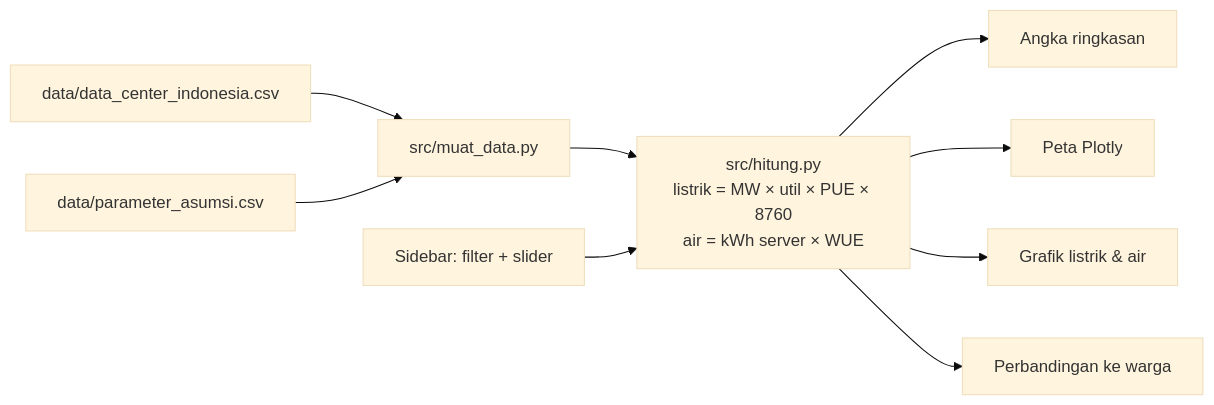
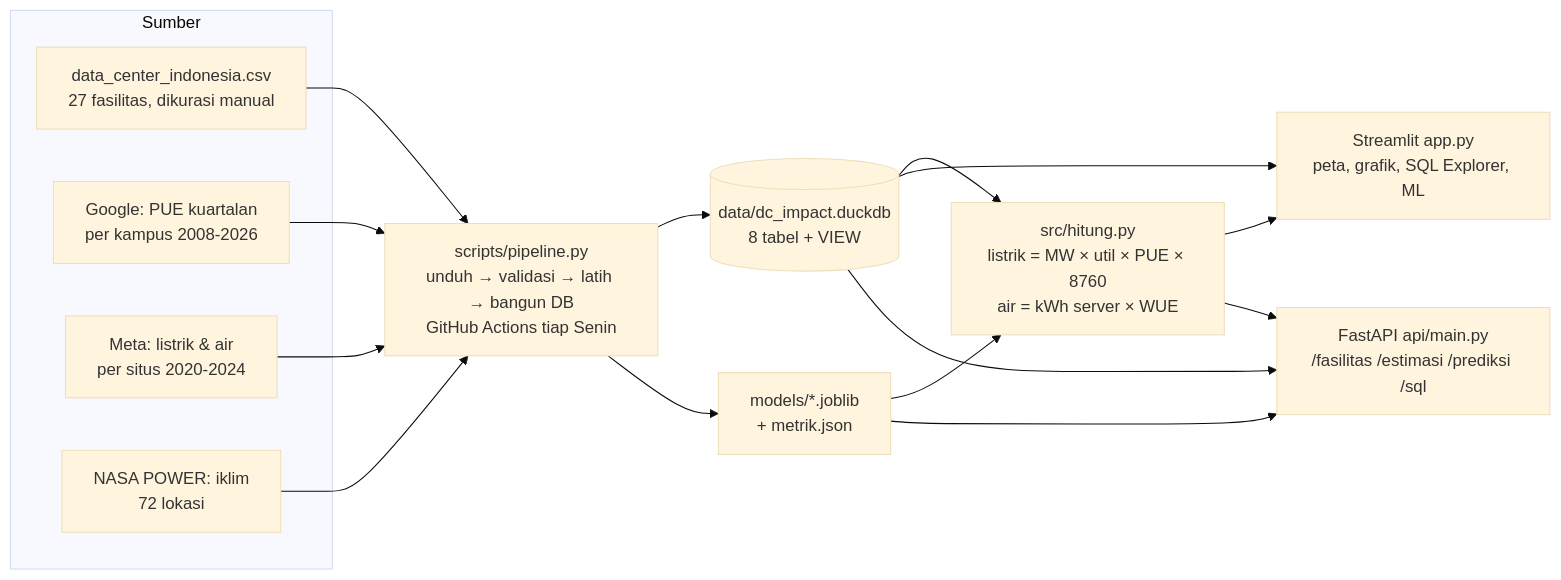
Before and after one commit to Avalon2222/dc-impact-dashboard: the diagram in README.md, drawn with Mermaid (base theme). The commit also changed other lines of this file and 12 other files, not shown here.

````diff
--- a/README.md
+++ b/README.md
@@ -72,11 +96,20 @@
 ```mermaid
 flowchart LR
-    A[data/data_center_indonesia.csv] --> C[src/muat_data.py]
-    B[data/parameter_asumsi.csv] --> C
-    C --> D[src/hitung.py<br/>listrik = MW × util × PUE × 8760<br/>air = kWh server × WUE]
-    S[Sidebar: filter + slider] --> D
-    D --> E[Angka ringkasan]
-    D --> F[Peta Plotly]
-    D --> G[Grafik listrik & air]
-    D --> H[Perbandingan ke warga]
+    subgraph Sumber
+        A[data_center_indonesia.csv<br/>27 fasilitas, dikurasi manual]
+        G[Google: PUE kuartalan<br/>per kampus 2008-2026]
+        M[Meta: listrik & air<br/>per situs 2020-2024]
+        N[NASA POWER: iklim<br/>72 lokasi]
+    end
+    P[scripts/pipeline.py<br/>unduh → validasi → latih → bangun DB<br/>GitHub Actions tiap Senin]
+    DB[(data/dc_impact.duckdb<br/>8 tabel + VIEW)]
+    ML[models/*.joblib<br/>+ metrik.json]
+    H[src/hitung.py<br/>listrik = MW × util × PUE × 8760<br/>air = kWh server × WUE]
+    S[Streamlit app.py<br/>peta, grafik, SQL Explorer, ML]
+    F[FastAPI api/main.py<br/>/fasilitas /estimasi /prediksi /sql]
+    A --> P; G --> P; M --> P; N --> P
+    P --> DB; P --> ML
+    DB --> H; ML --> H
+    H --> S; DB --> S
+    DB --> F; ML --> F; H --> F
 ```
````
